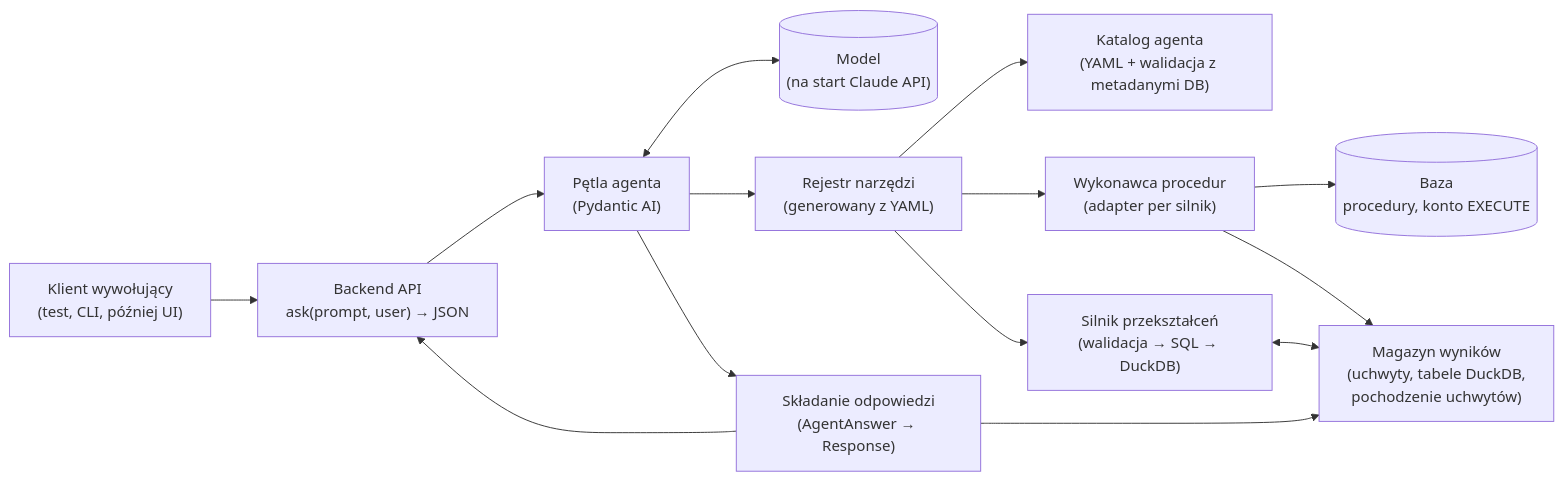
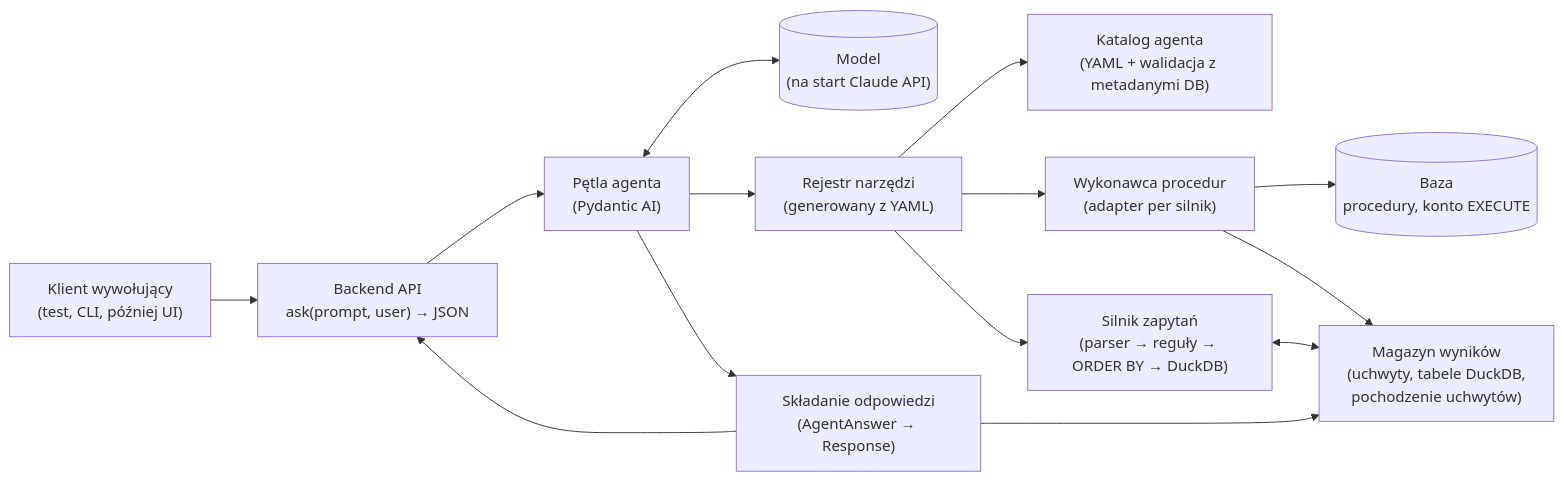
Before and after one commit to Pigula1984/data-concierge: the first of 2 diagrams in docs/architecture/001-architektura-data-concierge.md, drawn with Mermaid. The commit also changed other lines of this file and 5 other files, not shown here.

````diff
--- a/docs/architecture/001-architektura-data-concierge.md
+++ b/docs/architecture/001-architektura-data-concierge.md
@@ -63,25 +66,25 @@
 ```mermaid
 flowchart LR
     C["Klient wywołujący<br/>(test, CLI, później UI)"]
     API["Backend API<br/>ask(prompt, user) → JSON"]
     LOOP["Pętla agenta<br/>(Pydantic AI)"]
     LLM[("Model<br/>(na start Claude API)")]
     REG["Rejestr narzędzi<br/>(generowany z YAML)"]
     CAT["Katalog agenta<br/>(YAML + walidacja z metadanymi DB)"]
     EXE["Wykonawca procedur<br/>(adapter per silnik)"]
     DB[("Baza<br/>procedury, konto EXECUTE")]
     RS["Magazyn wyników<br/>(uchwyty, tabele DuckDB,<br/>pochodzenie uchwytów)"]
-    TR["Silnik przekształceń<br/>(walidacja → SQL → DuckDB)"]
+    QE["Silnik zapytań<br/>(parser → reguły → ORDER BY → DuckDB)"]
     OUT["Składanie odpowiedzi<br/>(AgentAnswer → Response)"]
 
     C --> API --> LOOP
     LOOP <--> LLM
     LOOP --> REG
     REG --> CAT
     REG --> EXE --> DB
     EXE --> RS
-    REG --> TR <--> RS
+    REG --> QE <--> RS
     LOOP --> OUT
     OUT --> RS
     OUT --> API
 ```
````
